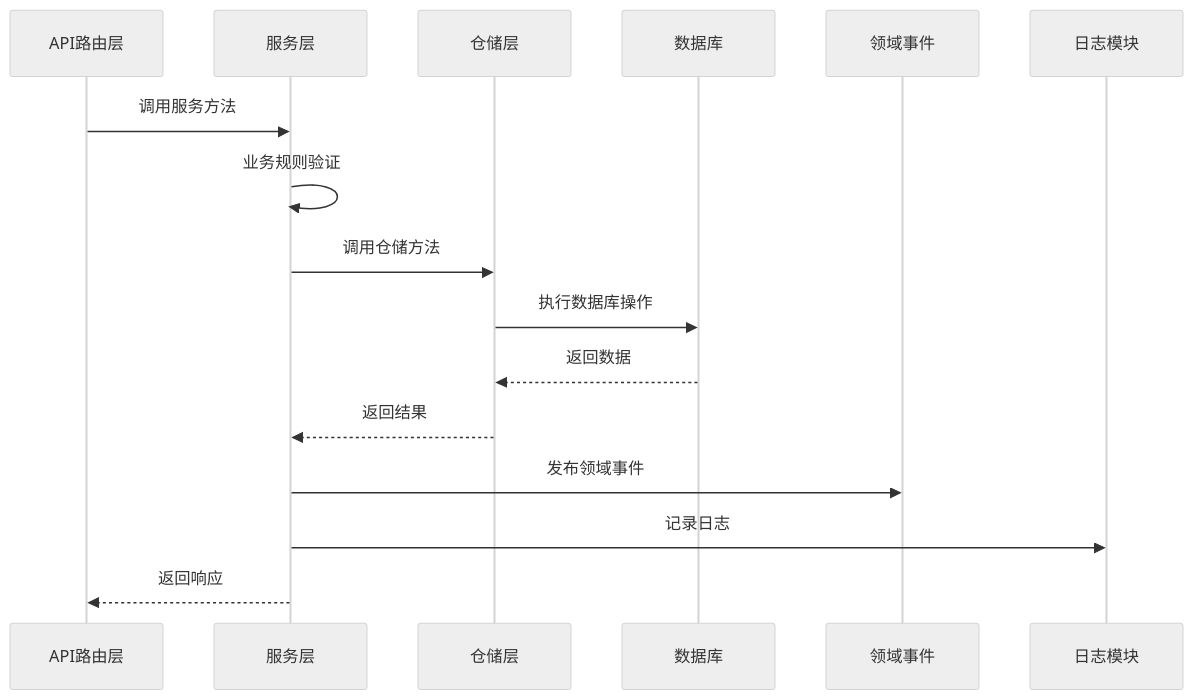
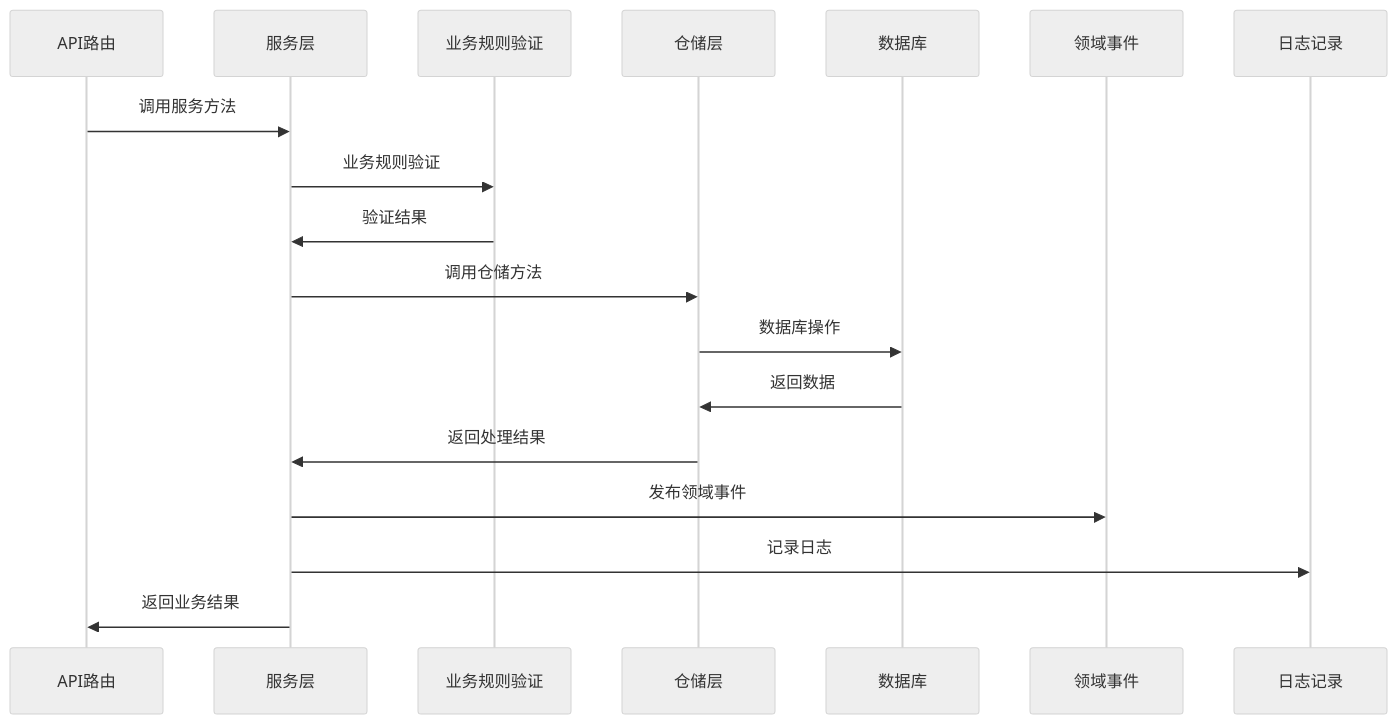
One commit to amuqiao/fastapi-enterprise-framework-template changed diagram 13 of 25 in docs/design/architecture_guide.md. Above: the diagram before and after it, drawn with Mermaid (neutral theme). The commit also changed other lines of this file, not shown here.

````diff
--- a/docs/design/architecture_guide.md
+++ b/docs/design/architecture_guide.md
@@ -601,19 +672,21 @@
 ```mermaid
 sequenceDiagram
-    participant API as API路由层
+    participant API as API路由
     participant Service as 服务层
-    participant Repo as 仓储层
+    participant Validator as 业务规则验证
+    participant Repository as 仓储层
     participant DB as 数据库
     participant Event as 领域事件
-    participant Logger as 日志模块
+    participant Logger as 日志记录
     
     API->>Service: 调用服务方法
-    Service->>Service: 业务规则验证
-    Service->>Repo: 调用仓储方法
-    Repo->>DB: 执行数据库操作
-    DB-->>Repo: 返回数据
-    Repo-->>Service: 返回结果
+    Service->>Validator: 业务规则验证
+    Validator->>Service: 验证结果
+    Service->>Repository: 调用仓储方法
+    Repository->>DB: 数据库操作
+    DB->>Repository: 返回数据
+    Repository->>Service: 返回处理结果
     Service->>Event: 发布领域事件
     Service->>Logger: 记录日志
-    Service-->>API: 返回响应
+    Service->>API: 返回业务结果
 ```
````
